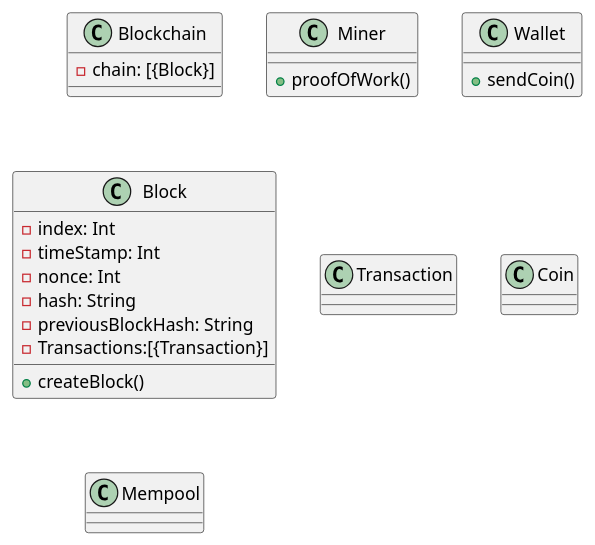
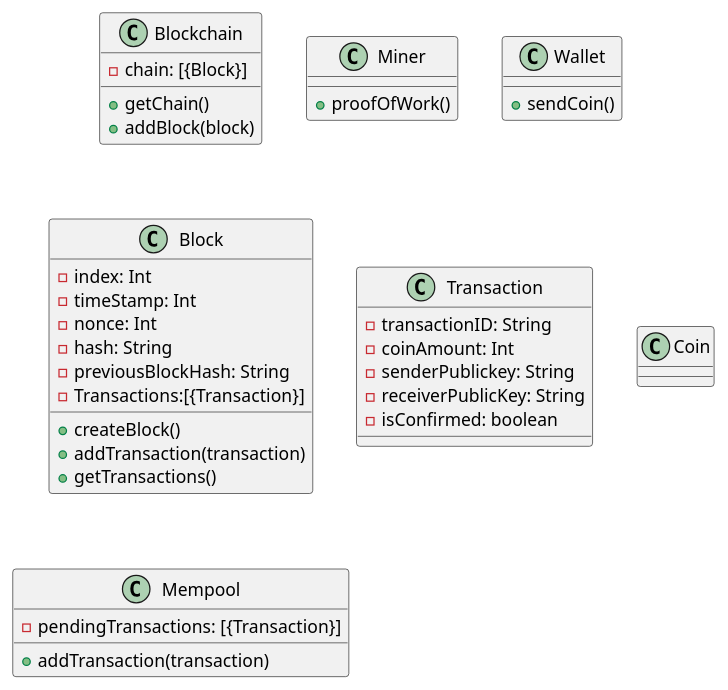
Before and after one commit to valleria-web/prototype: the diagram in prototipov1.plantuml, drawn with PlantUML. The commit also changed 4 other files, not shown here.

```diff
--- a/prototipov1.plantuml
+++ b/prototipov1.plantuml
@@ -1,37 +1,46 @@
 @startuml prototipov1
 
 class Blockchain{
     - chain: [{Block}]
+    + getChain()
+    + addBlock(block)
 }
 
 class Miner{
-    +proofOfWork()
+    + proofOfWork()
 }
 
 class Wallet{
-    +sendCoin()
+    + sendCoin()
 }
 
 class Block{
     - index: Int 
     - timeStamp: Int 
     - nonce: Int
     - hash: String 
     - previousBlockHash: String
     - Transactions:[{Transaction}]
     + createBlock()
+    + addTransaction(transaction)
+    + getTransactions()
 }
 
 class Transaction{
-
+    - transactionID: String 
+    - coinAmount: Int 
+    - senderPublickey: String
+    - receiverPublicKey: String
+    - isConfirmed: boolean
 }
 
 class Coin{
 
 }
 
 class Mempool{
-
+    - pendingTransactions: [{Transaction}]
+    + addTransaction(transaction)
 }
 
 @enduml
```
